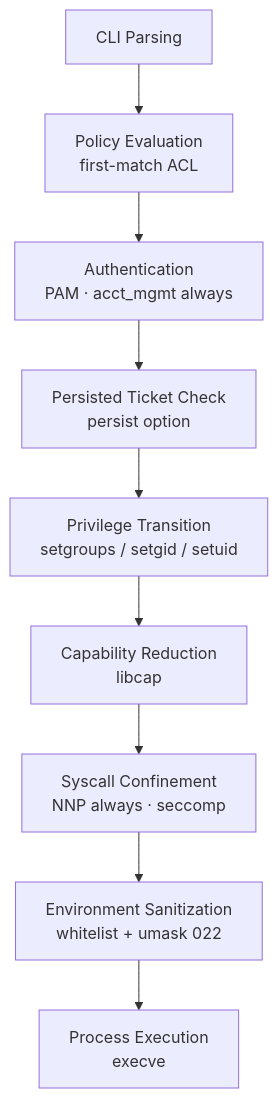
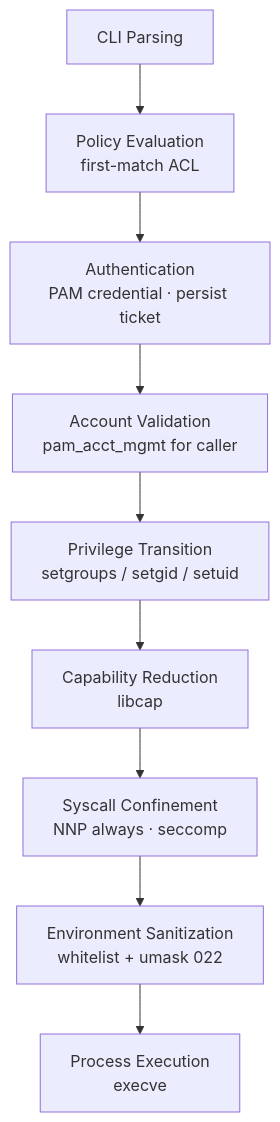
One commit to Veridian-Zenith/Voix changed the diagram in README.md. Above: the diagram before and after it, drawn with Mermaid. The commit also changed other lines of this file and 8 other files, not shown here.

````diff
--- a/README.md
+++ b/README.md
@@ -50,11 +50,11 @@
 ```mermaid
 flowchart TB
     A[CLI Parsing] --> B[Policy Evaluation<br/>first-match ACL]
-    B --> C[Authentication<br/>PAM · acct_mgmt always]
-    C --> D[Persisted Ticket Check<br/>persist option]
+    B --> C[Authentication<br/>PAM credential · persist ticket]
+    C --> D[Account Validation<br/>pam_acct_mgmt for caller]
     D --> E[Privilege Transition<br/>setgroups / setgid / setuid]
     E --> F[Capability Reduction<br/>libcap]
     F --> G[Syscall Confinement<br/>NNP always · seccomp]
     G --> H[Environment Sanitization<br/>whitelist + umask 022]
     H --> I[Process Execution<br/>execve]
 ```
````
